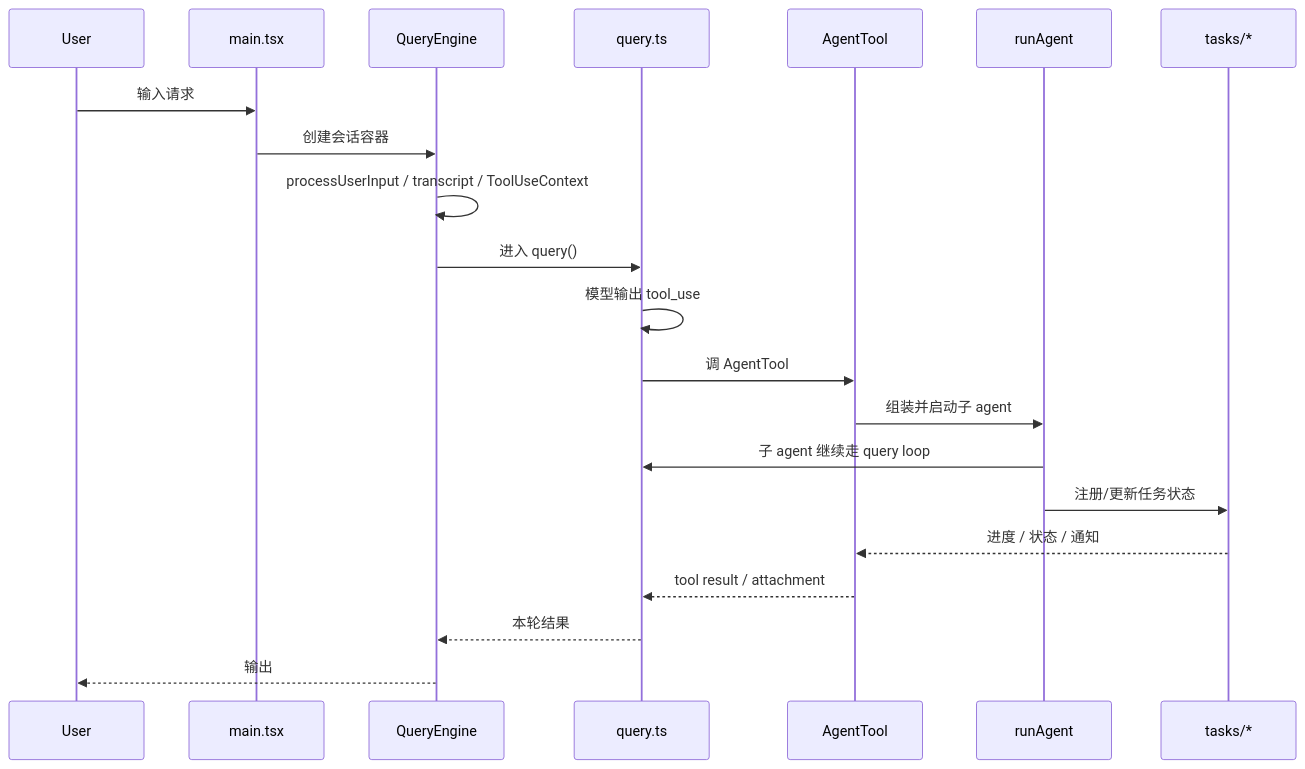
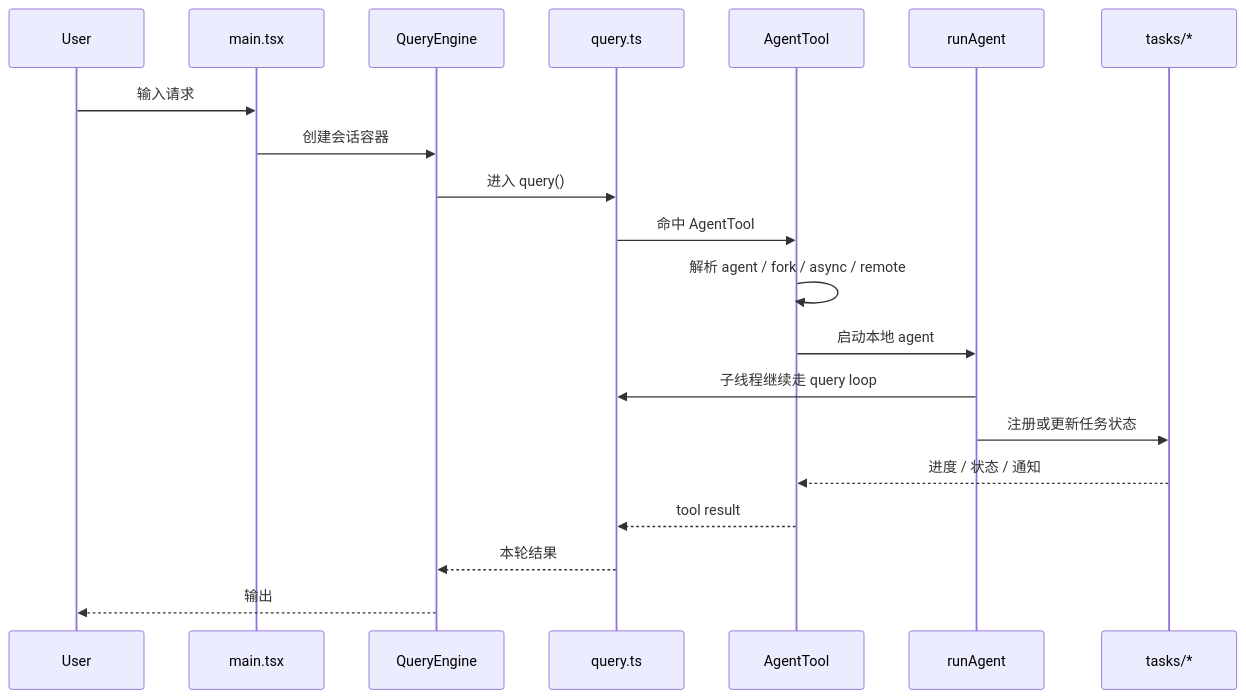
One commit to Boulea7/ClaudeCode-Source-DeepDive changed the first of 2 diagrams in MODULES/01-agent-loop-and-teams/DEEP/README.md. Above: the diagram before and after it, drawn with Mermaid. The commit also changed other lines of this file and 5 other files, not shown here.

````diff
--- a/MODULES/01-agent-loop-and-teams/DEEP/README.md
+++ b/MODULES/01-agent-loop-and-teams/DEEP/README.md
@@ -169,24 +217,23 @@
 ```mermaid
 sequenceDiagram
     participant U as User
     participant M as main.tsx
     participant QE as QueryEngine
     participant Q as query.ts
     participant AT as AgentTool
     participant RA as runAgent
     participant TS as tasks/*
 
     U->>M: 输入请求
     M->>QE: 创建会话容器
-    QE->>QE: processUserInput / transcript / ToolUseContext
     QE->>Q: 进入 query()
-    Q->>Q: 模型输出 tool_use
-    Q->>AT: 调 AgentTool
-    AT->>RA: 组装并启动子 agent
-    RA->>Q: 子 agent 继续走 query loop
-    RA->>TS: 注册/更新任务状态
+    Q->>AT: 命中 AgentTool
+    AT->>AT: 解析 agent / fork / async / remote
+    AT->>RA: 启动本地 agent
+    RA->>Q: 子线程继续走 query loop
+    RA->>TS: 注册或更新任务状态
     TS-->>AT: 进度 / 状态 / 通知
-    AT-->>Q: tool result / attachment
+    AT-->>Q: tool result
     Q-->>QE: 本轮结果
     QE-->>U: 输出
 ```
````
